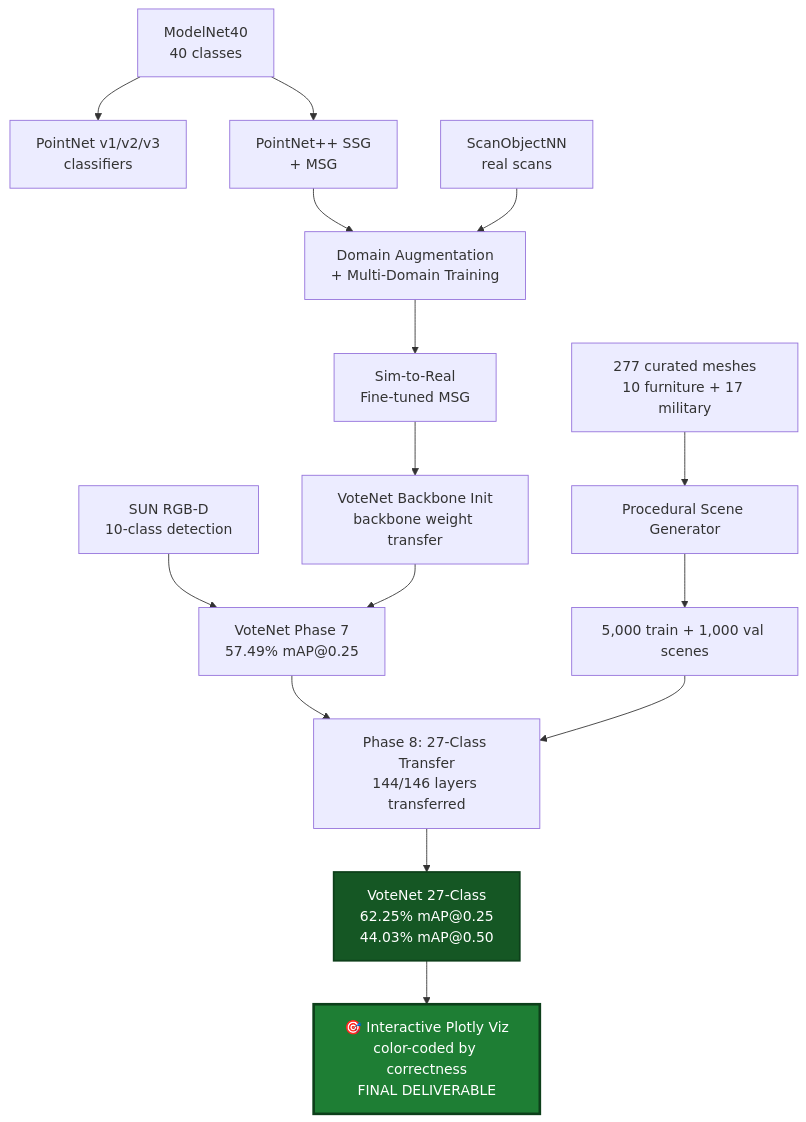
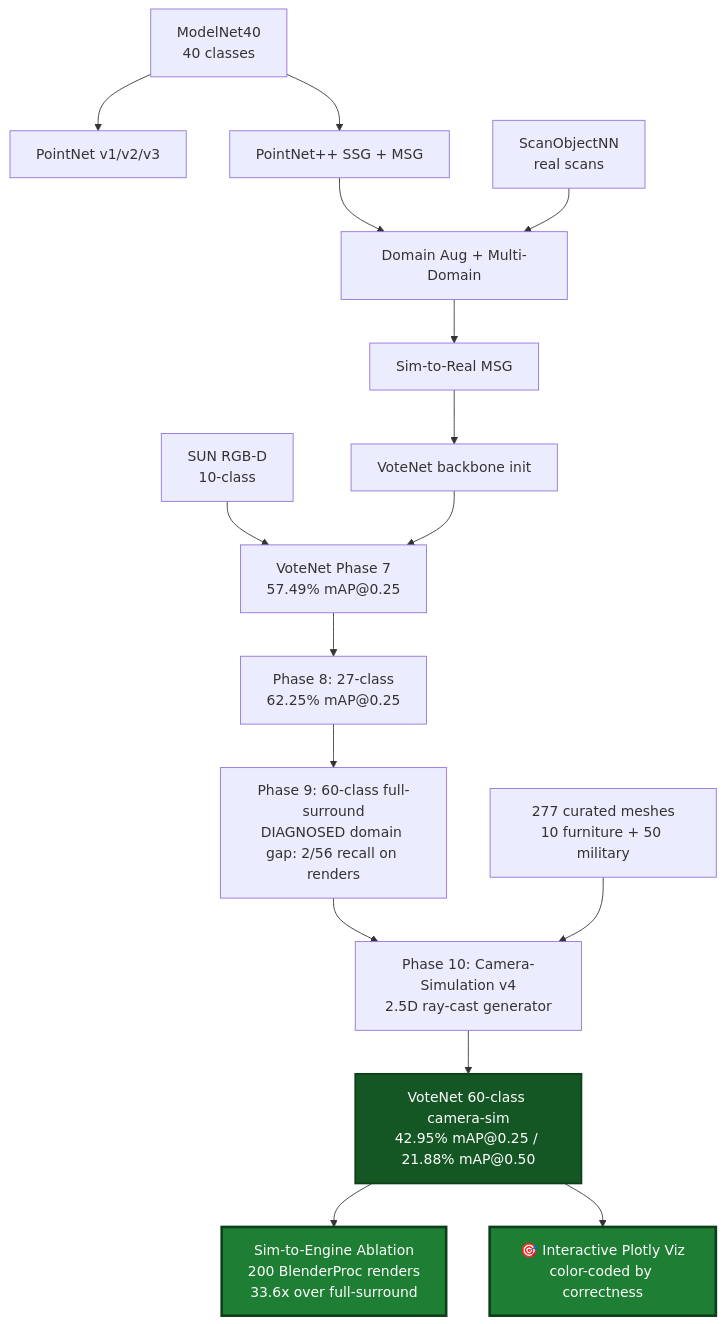
One commit to Vatsy05/3D-Object-Detection changed the diagram in README.md. Above: the diagram before and after it, drawn with Mermaid. The commit also changed other lines of this file, not shown here.

````diff
--- a/README.md
+++ b/README.md
@@ -163,26 +141,21 @@
 ```mermaid
 flowchart TD
-    A[ModelNet40<br/>40 classes] --> B[PointNet v1/v2/v3<br/>classifiers]
-    A --> C[PointNet++ SSG<br/>+ MSG]
-
-    C --> D[Domain Augmentation<br/>+ Multi-Domain Training]
+    A[ModelNet40<br/>40 classes] --> B[PointNet v1/v2/v3]
+    A --> C[PointNet++ SSG + MSG]
+    C --> D[Domain Aug + Multi-Domain]
     E[ScanObjectNN<br/>real scans] --> D
-    D --> F[Sim-to-Real<br/>Fine-tuned MSG]
-
-    F --> G[VoteNet Backbone Init<br/>backbone weight transfer]
-    H[SUN RGB-D<br/>10-class detection] --> I[VoteNet Phase 7<br/>57.49% mAP@0.25]
+    D --> F[Sim-to-Real MSG]
+    F --> G[VoteNet backbone init]
+    H[SUN RGB-D<br/>10-class] --> I[VoteNet Phase 7<br/>57.49% mAP@0.25]
     G --> I
-
-    I --> J[Phase 8: 27-Class Transfer<br/>144/146 layers transferred]
-
-    K[277 curated meshes<br/>10 furniture + 17 military] --> L[Procedural Scene Generator]
-    L --> M[5,000 train + 1,000 val scenes]
-
-    M --> J
-    J --> N[VoteNet 27-Class<br/>62.25% mAP@0.25<br/>44.03% mAP@0.50]
-
-    N --> O[🎯 Interactive Plotly Viz<br/>color-coded by correctness<br/>FINAL DELIVERABLE]
-
+    I --> J[Phase 8: 27-class<br/>62.25% mAP@0.25]
+    J --> K[Phase 9: 60-class full-surround<br/>DIAGNOSED domain gap: 2/56 recall on renders]
+    K --> L[Phase 10: Camera-Simulation v4<br/>2.5D ray-cast generator]
+    M[277 curated meshes<br/>10 furniture + 50 military] --> L
+    L --> N[VoteNet 60-class camera-sim<br/>42.95% mAP@0.25 / 21.88% mAP@0.50]
+    N --> O[Sim-to-Engine Ablation<br/>200 BlenderProc renders<br/>33.6x over full-surround]
+    N --> P[🎯 Interactive Plotly Viz<br/>color-coded by correctness]
+    style N fill:#155724,stroke:#0d3f1a,stroke-width:2px,color:#fff
     style O fill:#1e7e34,stroke:#0d3f1a,stroke-width:3px,color:#fff
-    style N fill:#155724,stroke:#0d3f1a,stroke-width:2px,color:#fff
+    style P fill:#1e7e34,stroke:#0d3f1a,stroke-width:3px,color:#fff
 ```
````
